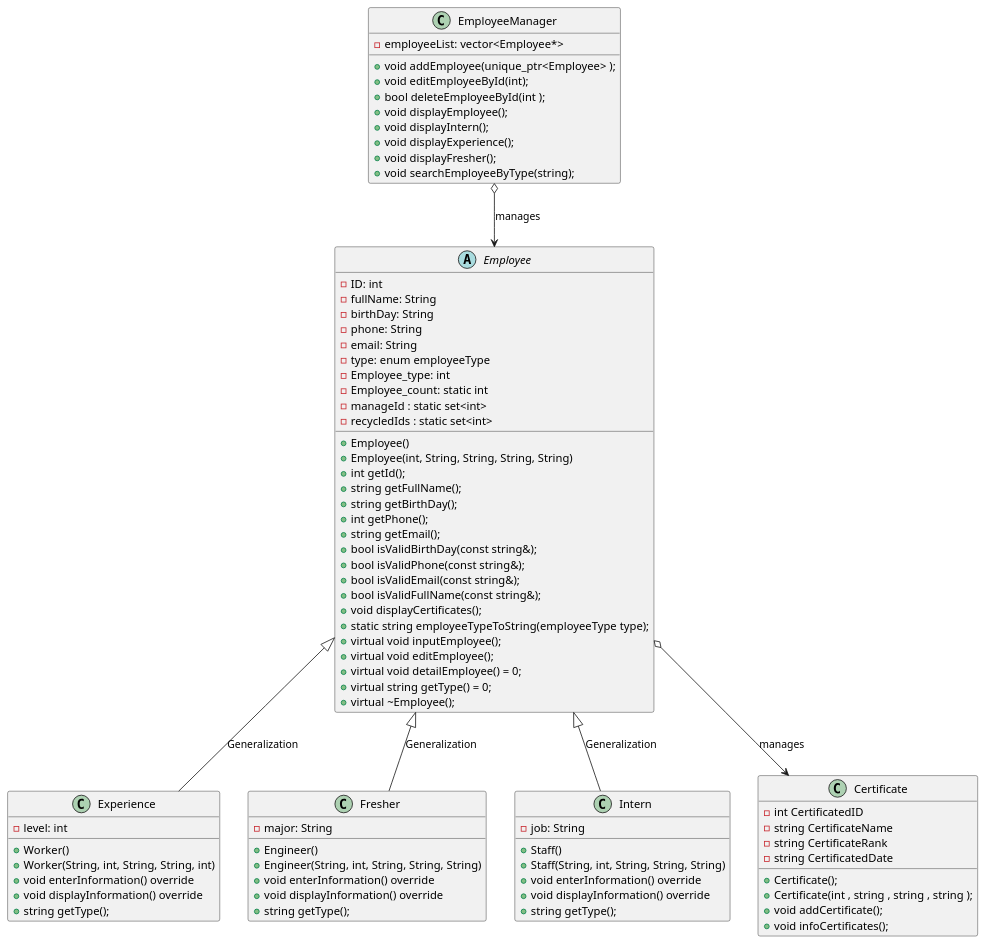
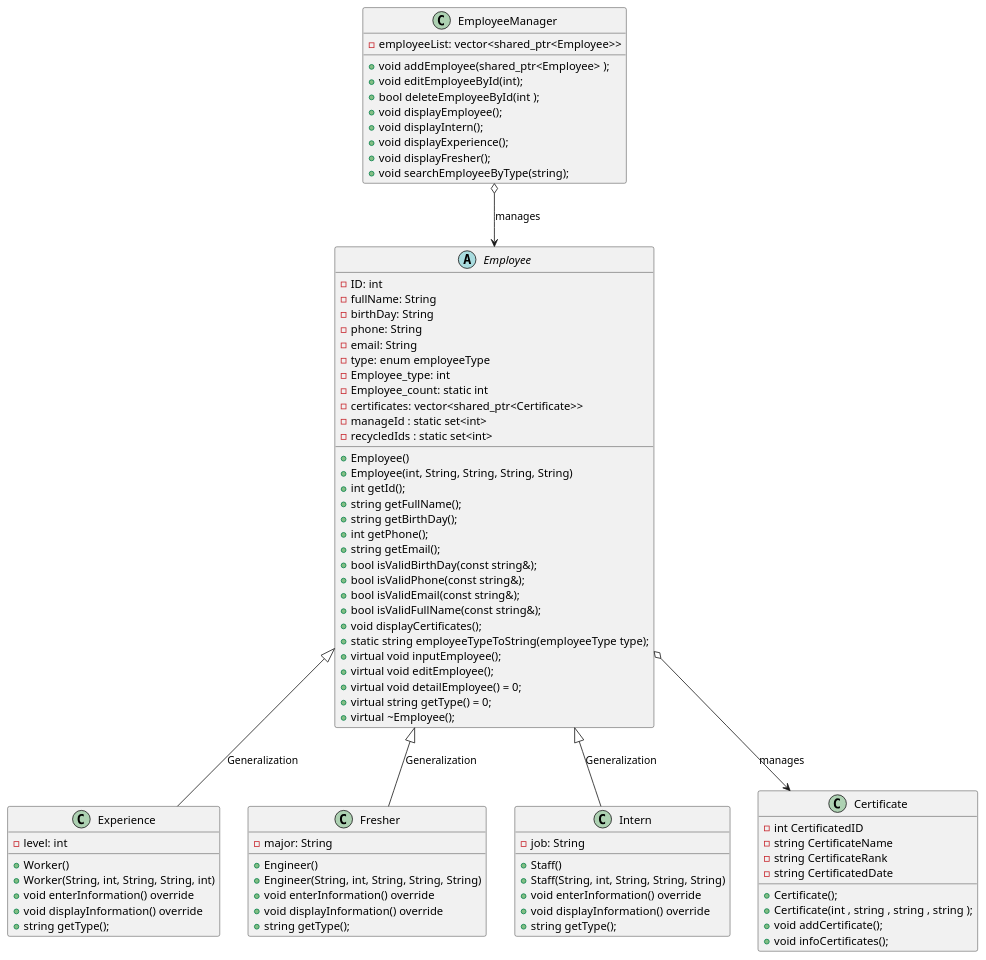
One commit to baobluebird/Basic-C-Cplusplus changed the diagram in .Assigment/OOP/ex13/diagram/diagram.wsd. Above: the diagram before and after it, drawn with PlantUML. The commit also changed 102 other files, not shown here.

Commit message:
fix diagram, fix use pointer

```diff
--- a/.Assigment/OOP/ex13/diagram/diagram.wsd
+++ b/.Assigment/OOP/ex13/diagram/diagram.wsd
@@ -1,89 +1,90 @@
 @startuml
 
 abstract class Employee {
   - ID: int
   - fullName: String
   - birthDay: String
   - phone: String
   - email: String
   - type: enum employeeType
   - Employee_type: int
   - Employee_count: static int
+  - certificates: vector<shared_ptr<Certificate>>
   - manageId : static set<int> 
   - recycledIds : static set<int>
   + Employee()
   + Employee(int, String, String, String, String)
   + int getId();
   + string getFullName();
   + string getBirthDay();
   + int getPhone();
   + string getEmail();
   + bool isValidBirthDay(const string&);
   + bool isValidPhone(const string&);
   + bool isValidEmail(const string&);
   + bool isValidFullName(const string&);
   + void displayCertificates();
   + static string employeeTypeToString(employeeType type);
   + virtual void inputEmployee();
   + virtual void editEmployee();
   + virtual void detailEmployee() = 0;
   + virtual string getType() = 0;
   + virtual ~Employee();
 }
 
 class Experience {
   - level: int
   + Worker()
   + Worker(String, int, String, String, int)
   + void enterInformation() override
   + void displayInformation() override
   + string getType();
 }
 
 class Fresher {
   - major: String
   + Engineer()
   + Engineer(String, int, String, String, String)
   + void enterInformation() override
   + void displayInformation() override
   + string getType();
 }
 
 class Intern {
   - job: String
   + Staff()
   + Staff(String, int, String, String, String)
   + void enterInformation() override
   + void displayInformation() override
   + string getType();
 }
 
 class Certificate {
     - int CertificatedID
     - string CertificateName
     - string CertificateRank
     - string CertificatedDate
     + Certificate(); 
     + Certificate(int , string , string , string );
     + void addCertificate();
     + void infoCertificates();
 }
 
 class EmployeeManager {
-  - employeeList: vector<Employee*>
-  + void addEmployee(unique_ptr<Employee> );
+  - employeeList: vector<shared_ptr<Employee>>
+  + void addEmployee(shared_ptr<Employee> );
   + void editEmployeeById(int);
   + bool deleteEmployeeById(int );
   + void displayEmployee();
   + void displayIntern();
   + void displayExperience();
   + void displayFresher();
   + void searchEmployeeByType(string);
 }
 
 Employee <|-- Experience : Generalization 
 Employee <|-- Fresher : Generalization 
 Employee <|-- Intern : Generalization 
 EmployeeManager o--> Employee : manages
 Employee o--> Certificate : manages
 @enduml
```
